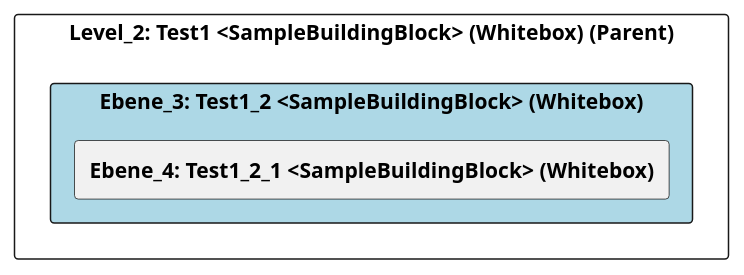
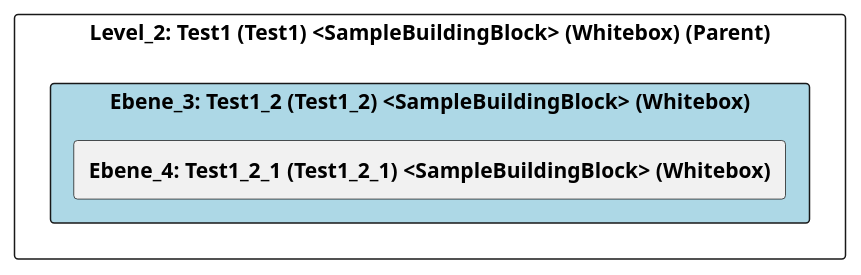
The diagram in src/cleon.architecturemethods.arc42.sample/doc/cleon_architecturemethods_arc42_sample_arc42/adoc/de/05_bausteinsicht/chess/test1/test1_2/ebene_3_test1_2.adoc (marcozwyssig/cleon), drawn with PlantUML before and after one commit. The commit also changed other lines of this file and 166 other files, not shown here.

```diff
--- a/src/cleon.architecturemethods.arc42.sample/doc/cleon_architecturemethods_arc42_sample_arc42/adoc/de/05_bausteinsicht/chess/test1/test1_2/ebene_3_test1_2.adoc
+++ b/src/cleon.architecturemethods.arc42.sample/doc/cleon_architecturemethods_arc42_sample_arc42/adoc/de/05_bausteinsicht/chess/test1/test1_2/ebene_3_test1_2.adoc
@@ -20,26 +20,26 @@
-[plantuml, Ebene_3: Test1_2 <SampleBuildingBlock> (Whitebox)BlockOverview, format="svg"]
+[plantuml, Ebene_3: Test1_2 (Test1_2) <SampleBuildingBlock> (Whitebox)BlockOverview, format="svg"]
 ----
-@startuml Ebene_3: Test1_2 <SampleBuildingBlock> (Whitebox)BuildingBlockOverview
+@startuml Ebene_3: Test1_2 (Test1_2) <SampleBuildingBlock> (Whitebox)BuildingBlockOverview
 
 skinparam ranksep 10
 skinparam componentStyle rectangle
 skinparam shadowing false
 skinparam arrowColor lightblue
 skinparam arrowThickness 1.2
 skinparam rectangle {
   BackgroundColor White
   BorderColor #333
   RoundCorner 10
 }
 top to bottom direction
 
-component "Level_2: Test1 <SampleBuildingBlock> (Whitebox) (Parent)" {
-    component "Ebene_3: Test1_2 <SampleBuildingBlock> (Whitebox)" #lightblue {
-        [**Ebene_4: Test1_2_1 <SampleBuildingBlock> (Whitebox)**] as 4965EE24_D579_11EE_903E_9F564E4DE07E
+component "Level_2: Test1 (Test1) <SampleBuildingBlock> (Whitebox) (Parent)" {
+    component "Ebene_3: Test1_2 (Test1_2) <SampleBuildingBlock> (Whitebox)" #lightblue {
+        [**Ebene_4: Test1_2_1 (Test1_2_1) <SampleBuildingBlock> (Whitebox)**] as 4965EE24_D579_11EE_903E_9F564E4DE07E
     }
 
     
 }
 
 @enduml
 ----
```
